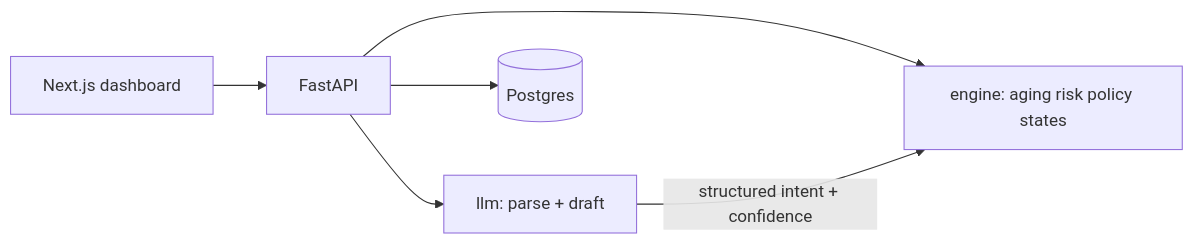
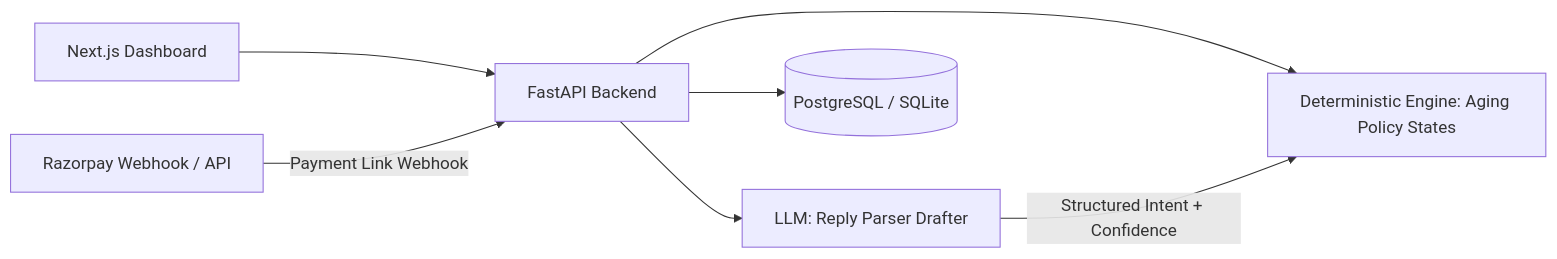
The diagram in README.md (Avila-Princy-M01/Duebot-AI), drawn with Mermaid before and after one commit. The commit also changed other lines of this file and 5 other files, not shown here.

Commit message:
feat(webhooks): add Razorpay webhook endpoint and polish README claim hygiene and simulation boundaries

````diff
--- a/README.md
+++ b/README.md
@@ -11,12 +13,16 @@
 ```mermaid
 flowchart LR
-  UI[Next.js dashboard]
-  API[FastAPI]
-  ENG[engine: aging risk policy states]
-  LLM[llm: parse + draft]
-  DB[(Postgres)]
-  UI --> API --> ENG
+  UI[Next.js Dashboard]
+  API[FastAPI Backend]
+  ENG[Deterministic Engine: Aging Policy States]
+  LLM[LLM: Reply Parser Drafter]
+  DB[(PostgreSQL / SQLite)]
+  RZP[Razorpay Webhook / API]
+
+  UI --> API
+  API --> ENG
   API --> DB
   API --> LLM
-  LLM -->|"structured intent + confidence"| ENG
+  RZP -->|Payment Link Webhook| API
+  LLM -->|"Structured Intent + Confidence"| ENG
 ```
````
